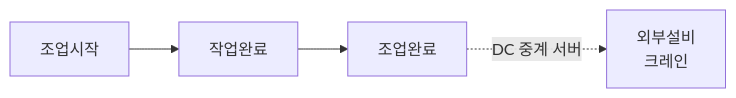
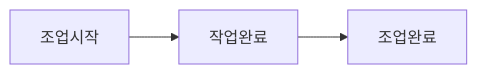
Before and after one commit to OhGwonSik/PH_DO: the fifth of 5 diagrams in README.md, drawn with Mermaid. The commit also changed other lines of this file, not shown here.

````diff
--- a/README.md
+++ b/README.md
@@ -77,5 +78,4 @@
 ```mermaid
 flowchart LR
     A[조업시작] --> B[작업완료] --> C[조업완료]
-    C -. DC 중계 서버 .-> D[외부설비<br/>크레인]
 ```
````
